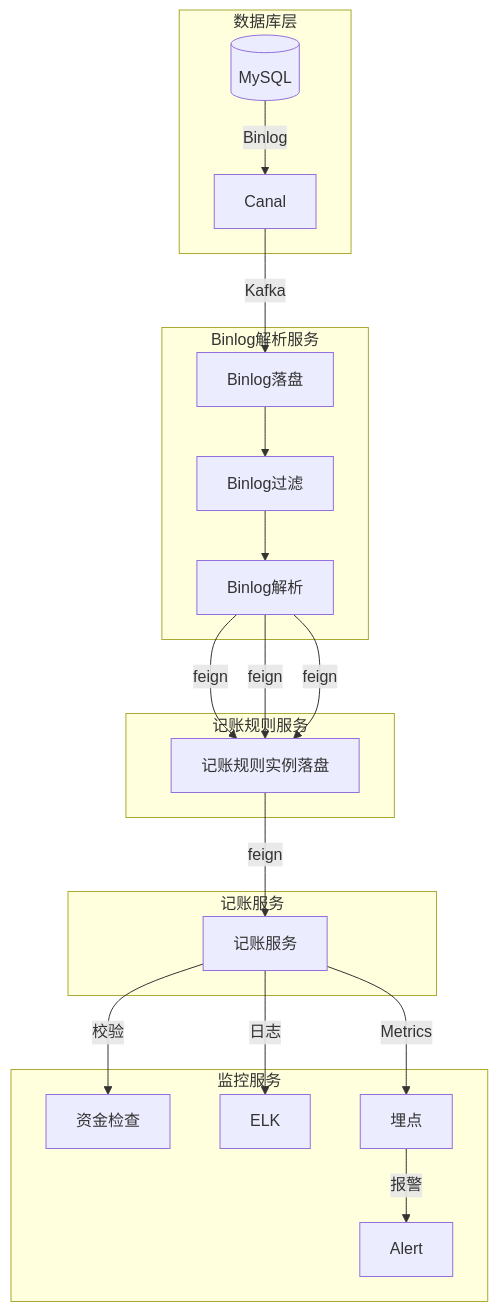
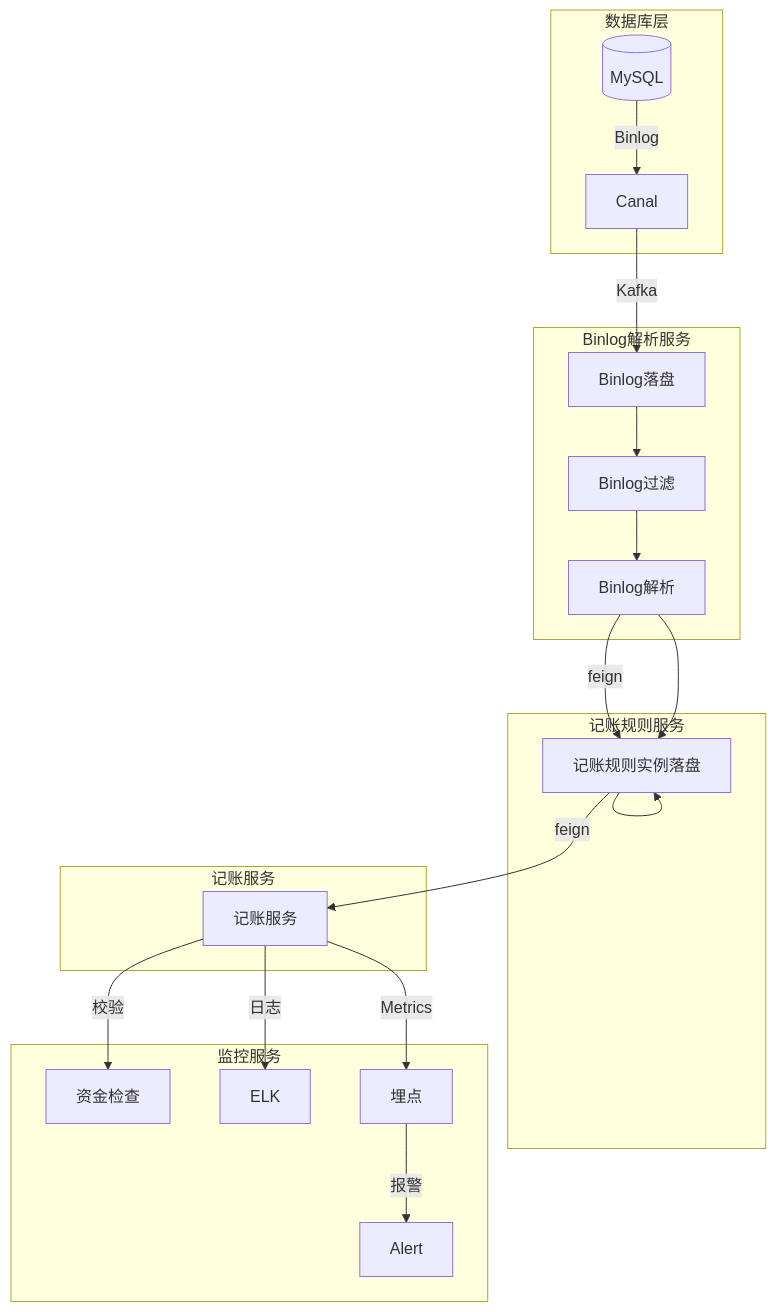
One commit to 87828943/iodraw-files changed the diagram in all/记账架构图.md. Above: the diagram before and after it, drawn with Mermaid.

Commit message:
2025-07-07 14:45:41 update

````diff
--- a/all/记账架构图.md
+++ b/all/记账架构图.md
@@ -1,26 +1,26 @@
 ```mermaid
 graph TB
     subgraph 数据库层
         DB[(MySQL)] -->|Binlog| Canal
     end
     subgraph Binlog解析服务
         Canal -->|Kafka| Binlog[Binlog落盘]
         Binlog --> Binlog1[Binlog过滤]
         Binlog1 --> Binlog2[Binlog解析]
     end
     subgraph 记账规则服务
         Binlog2 -->|feign| AccountingRule[记账规则实例落盘]
-        Binlog2 -->|feign| AccountingRule[记账规则实例落盘]
-        Binlog2 -->|feign| AccountingRule[记账规则实例落盘]
+        AccountingRule --> AccountingRule[记账规则实例落盘]
+        Binlog2 --> AccountingRule[记账规则实例落盘]
         
     end
     subgraph 记账服务
        AccountingRule -->|feign| Accounting[记账服务]
     end
     subgraph 监控服务
         Accounting --> |校验| 资金检查
         Accounting -->|日志| ELK
         Accounting -->|Metrics| 埋点
         埋点 -->|报警| Alert
     end
 ```
````
